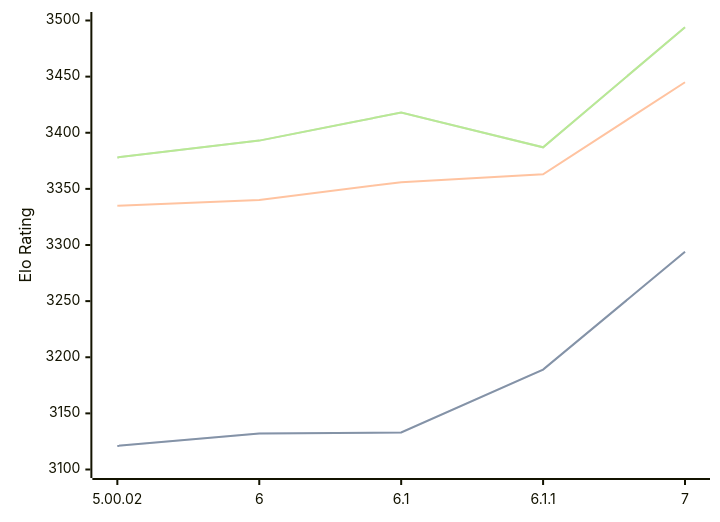
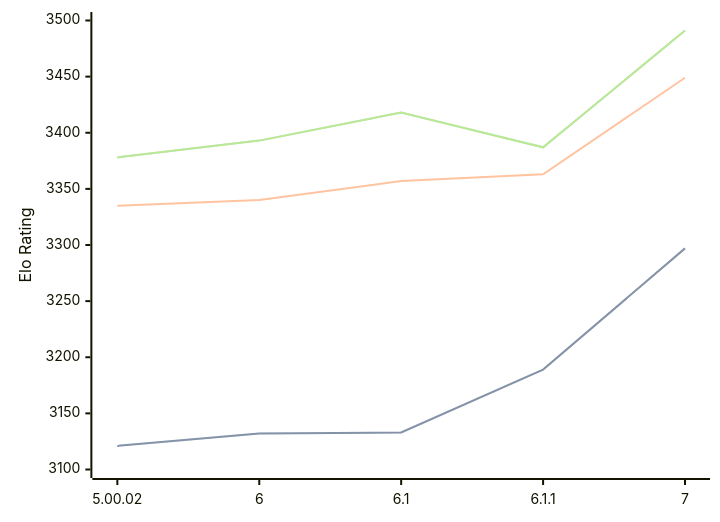
Before and after one commit to computer-chess-index/cci: the first of 3 diagrams in engines/Zangdar.md, drawn with Mermaid. The commit also changed other lines of this file, not shown here.

Commit message:
Update CCI Ratings (ELO VLTC) - 2026-07-18

````diff
--- a/engines/Zangdar.md
+++ b/engines/Zangdar.md
@@ -47,11 +47,11 @@
 ```mermaid
 %%{init: {"theme":"base","themeVariables":{"seriesColors:['#a3a3a3','#222221','#faa371']}}}%%
 xychart-beta
   x-axis ["5.00.02", "6", "6.1", "6.1.1", "7"]
   y-axis "Elo Rating" 3100 --> 3500
-  line "STC (8.0+0.08s)" [3121, 3132, 3133, 3189, 3294]
-  line "STC (8.0+0.08s)" [3121, 3132, 3133, 3189, 3294]
-  line "LTC (60.0+0.60s)" [3335, 3340, 3356, 3363, 3445]
-  line "VLTC (2m24s+1.12s)" [3378, 3393, 3418, 3387, 3494]
-  line "VLTC (2m24s+1.12s)" [3378, 3393, 3418, 3387, 3494]
+  line "STC (8.0+0.08s)" [3121, 3132, 3133, 3189, 3297]
+  line "STC (8.0+0.08s)" [3121, 3132, 3133, 3189, 3297]
+  line "LTC (60.0+0.60s)" [3335, 3340, 3357, 3363, 3449]
+  line "VLTC (2m24s+1.12s)" [3378, 3393, 3418, 3387, 3491]
+  line "VLTC (2m24s+1.12s)" [3378, 3393, 3418, 3387, 3491]
 ```
````
